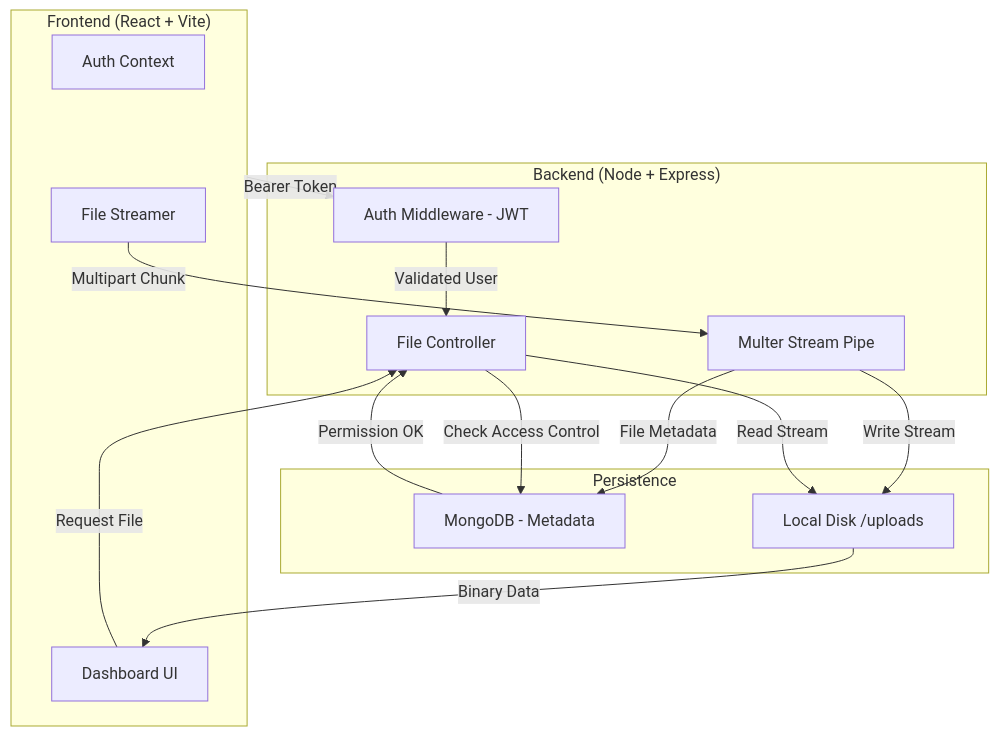
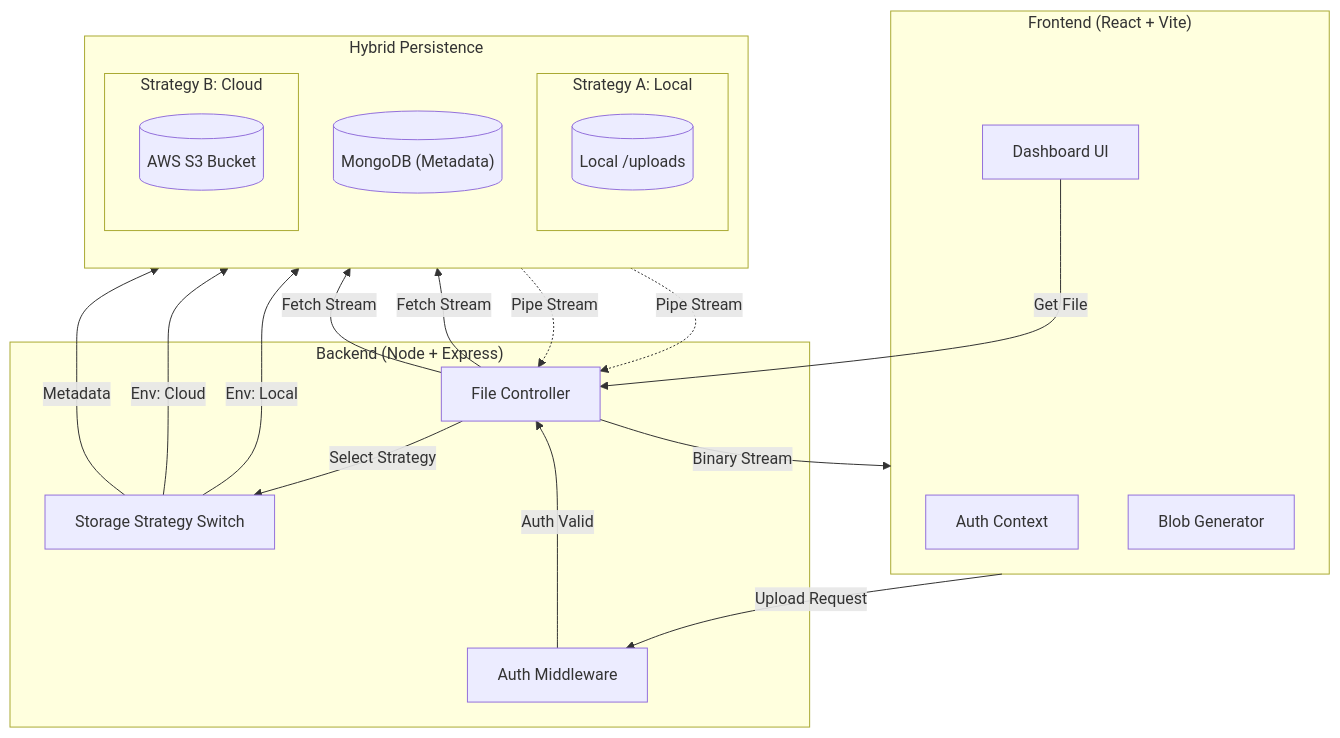
One commit to sanket-pilane/SecureShare---Nua-Assignment changed the diagram in README.md. Above: the diagram before and after it, drawn with Mermaid. The commit also changed other lines of this file and 6 other files, not shown here.

````diff
--- a/README.md
+++ b/README.md
@@ -89,40 +110,49 @@
 ```mermaid
 flowchart TD
 
 %% ─────────────── CLIENT SIDE ───────────────
 subgraph Client["Frontend (React + Vite)"]
     Auth["Auth Context"]
     Dash["Dashboard UI"]
-    Stream["File Streamer"]
+    Blob["Blob Generator"]
 end
 
 %% ─────────────── SERVER SIDE ───────────────
 subgraph Server["Backend (Node + Express)"]
-    Middleware["Auth Middleware - JWT"]
+    Middleware["Auth Middleware"]
     Controller["File Controller"]
-    StreamPipe["Multer Stream Pipe"]
+    Strategy["Storage Strategy Switch"]
 end
 
-%% ─────────────── DATA ───────────────
-subgraph Data["Persistence"]
-    Mongo["MongoDB - Metadata"]
-    Disk["Local Disk /uploads"]
+%% ─────────────── STORAGE LAYERS ───────────────
+subgraph Storage["Hybrid Persistence"]
+    direction TB
+    Mongo[("MongoDB (Metadata)")]
+
+    subgraph Local["Strategy A: Local"]
+        Disk[("Local /uploads")]
+    end
+
+    subgraph Cloud["Strategy B: Cloud"]
+        S3[("AWS S3 Bucket")]
+    end
 end
 
 %% FLOWS
-Client -->|Bearer Token| Middleware
-Middleware -->|Validated User| Controller
+Client -->|Upload Request| Middleware
+Middleware -->|Auth Valid| Controller
+Controller -->|Select Strategy| Strategy
 
-%% Upload Flow
-Stream -->|Multipart Chunk| StreamPipe
-StreamPipe -->|Write Stream| Disk
-StreamPipe -->|File Metadata| Mongo
+%% Write Flow
+Strategy -->|Env: Local| Disk
+Strategy -->|Env: Cloud| S3
+Strategy -->|Metadata| Mongo
 
-%% Access Flow
-Dash -->|Request File| Controller
-Controller -->|Check Access Control| Mongo
-Mongo -->|Permission OK| Controller
-Controller -->|Read Stream| Disk
-Disk -->|Binary Data| Dash
-
+%% Read Flow (Proxy Stream)
+Dash -->|Get File| Controller
+Controller -->|Fetch Stream| Disk
+Controller -->|Fetch Stream| S3
+S3 -.->|Pipe Stream| Controller
+Disk -.->|Pipe Stream| Controller
+Controller -->|Binary Stream| Client
 ```
````
